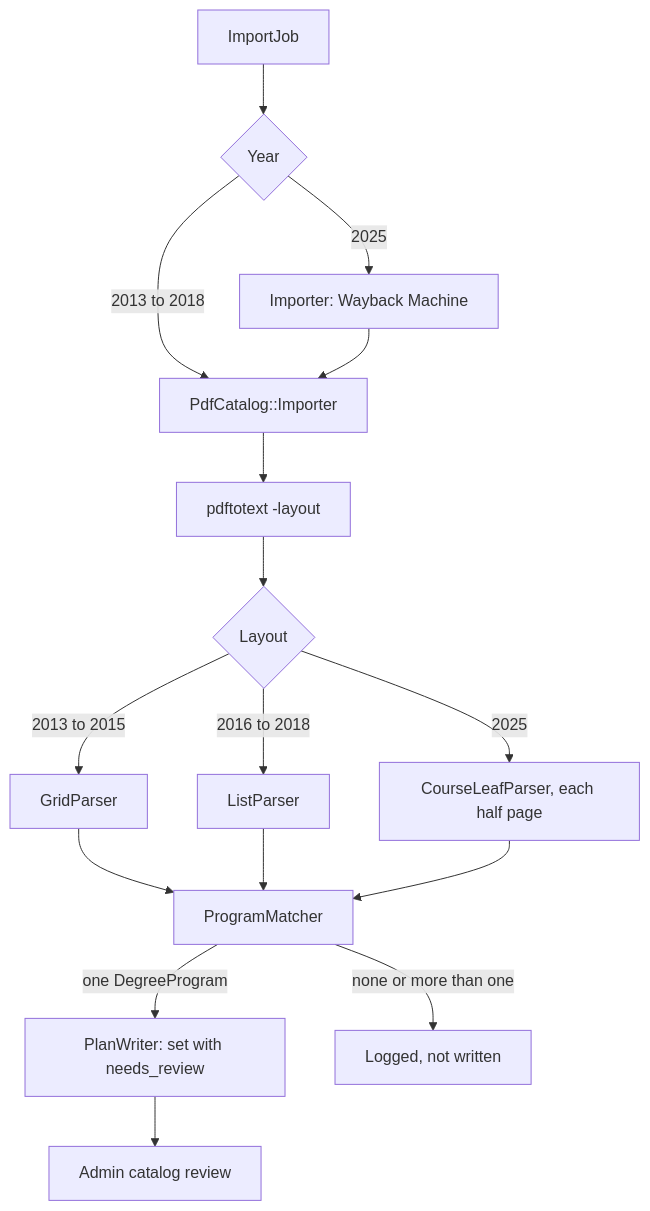
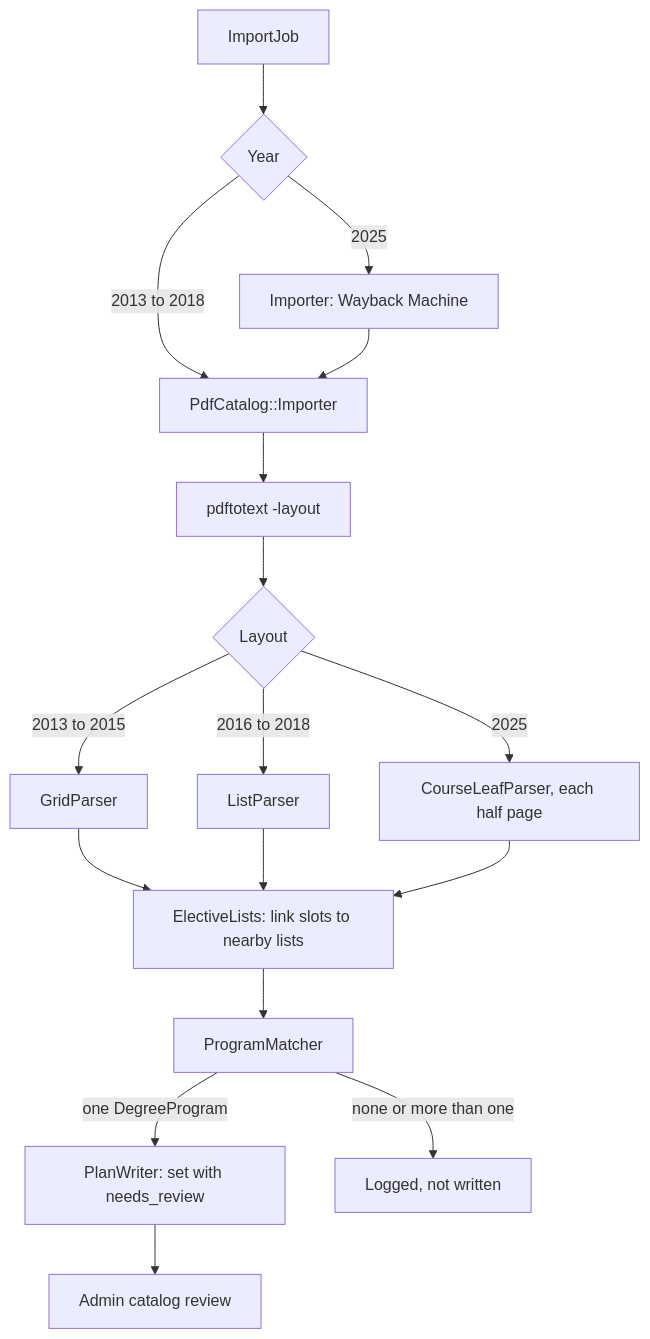
One commit to WITCodingClub/calendar-backend changed the fifth of 13 diagrams in docs/degree-requirements.md. Above: the diagram before and after it, drawn with Mermaid. The commit also changed other lines of this file and 12 other files, not shown here.

First line of the commit message:
feat: read the program elective lists from the pdf catalogs (#1018)

````diff
--- a/docs/degree-requirements.md
+++ b/docs/degree-requirements.md
@@ -178,17 +178,18 @@
 ```mermaid
 flowchart TD
   J[ImportJob] --> Y{Year}
   Y -- 2013 to 2018 --> P[PdfCatalog::Importer]
   Y -- 2025 --> H[Importer: Wayback Machine] --> P
   P --> T[pdftotext -layout]
   T --> R{Layout}
   R -- 2013 to 2015 --> G[GridParser]
   R -- 2016 to 2018 --> L[ListParser]
   R -- 2025 --> C[CourseLeafParser, each half page]
-  G --> M[ProgramMatcher]
-  L --> M
-  C --> M
+  G --> E[ElectiveLists: link slots to nearby lists]
+  L --> E
+  C --> E
+  E --> M[ProgramMatcher]
   M -- one DegreeProgram --> W[PlanWriter: set with needs_review]
   M -- none or more than one --> U[Logged, not written]
   W --> Q[Admin catalog review]
 ```
````
